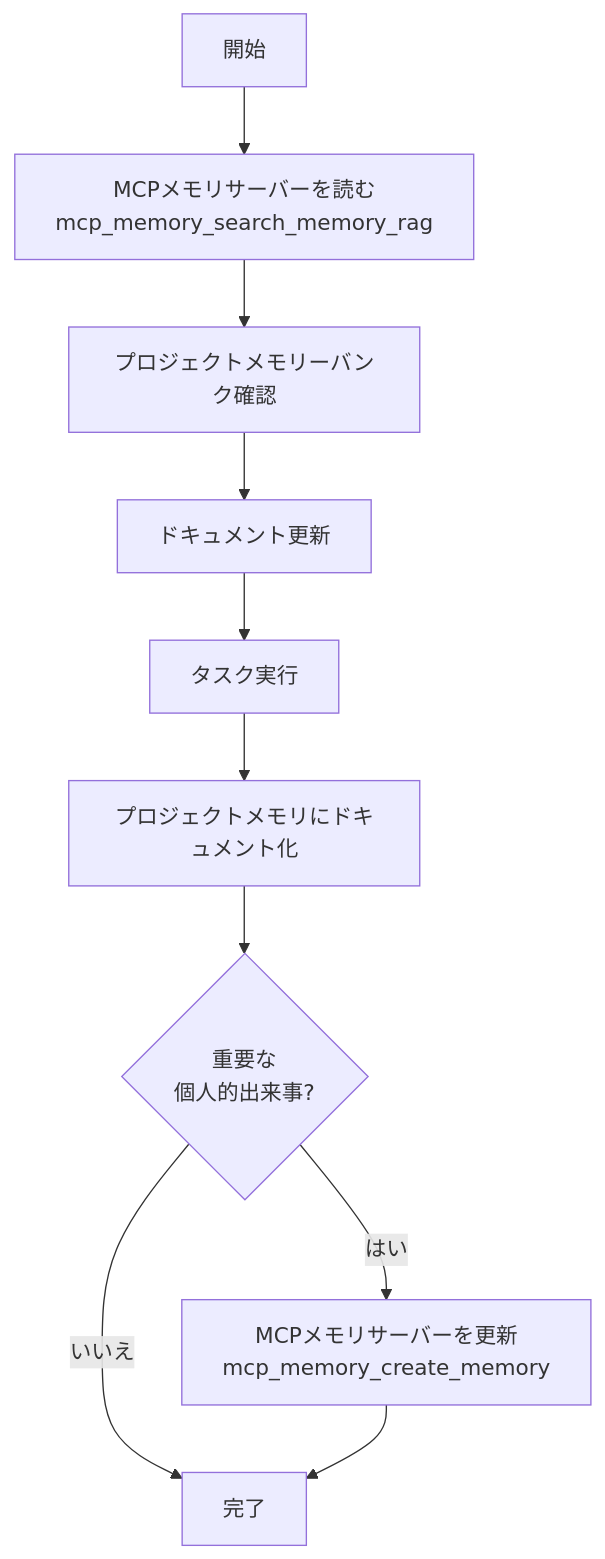
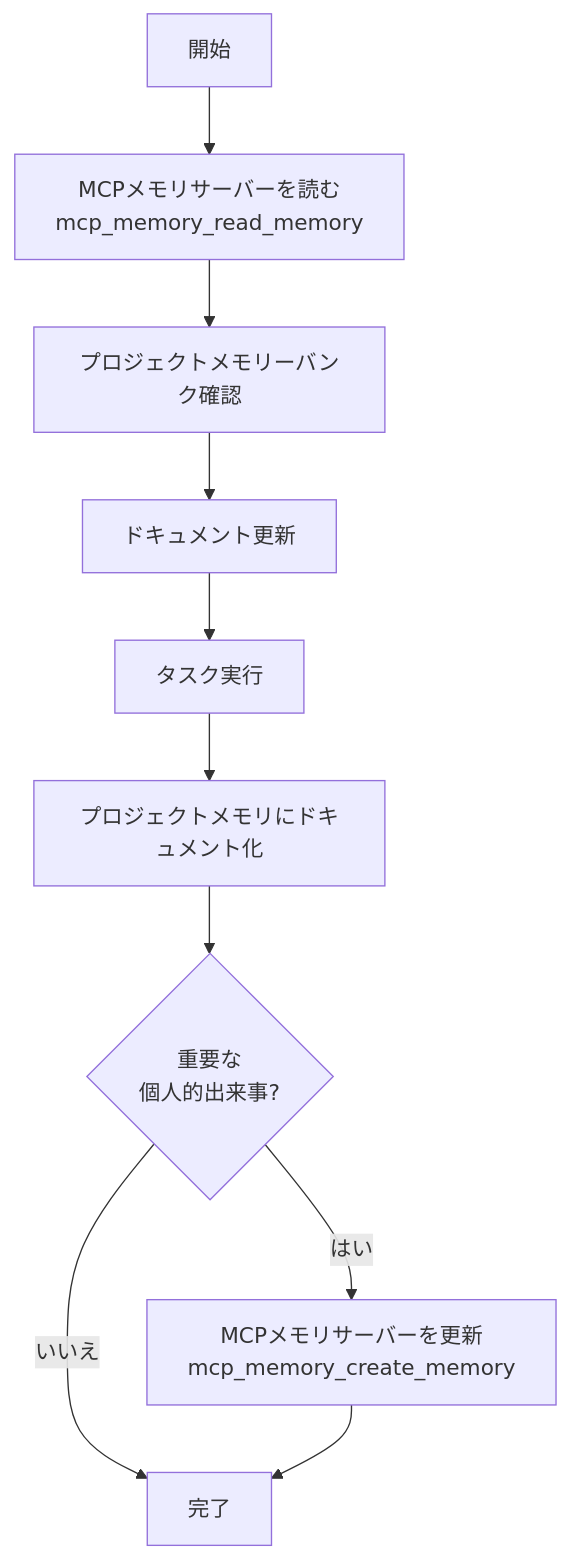
The third of 3 diagrams in .github/copilot-instructions.md (solidlime/MemoryMCP), drawn with Mermaid before and after one commit. The commit also changed other lines of this file and 4 other files, not shown here.

````diff
--- a/.github/copilot-instructions.md
+++ b/.github/copilot-instructions.md
@@ -187,12 +199,12 @@
 ```mermaid
 flowchart TD
-    Start[開始] --> ReadMem[MCPメモリサーバーを読む<br/>mcp_memory_search_memory_rag]
+    Start[開始] --> ReadMem[MCPメモリサーバーを読む<br/>mcp_memory_read_memory]
     ReadMem --> Context[プロジェクトメモリーバンク確認]
     Context --> Update[ドキュメント更新]
     Update --> Execute[タスク実行]
     Execute --> DocProject[プロジェクトメモリにドキュメント化]
     DocProject --> DocGlobal{重要な<br/>個人的出来事?}
     DocGlobal -->|はい| UpdateGlobal[MCPメモリサーバーを更新<br/>mcp_memory_create_memory]
     DocGlobal -->|いいえ| Done[完了]
     UpdateGlobal --> Done
 ```
````
